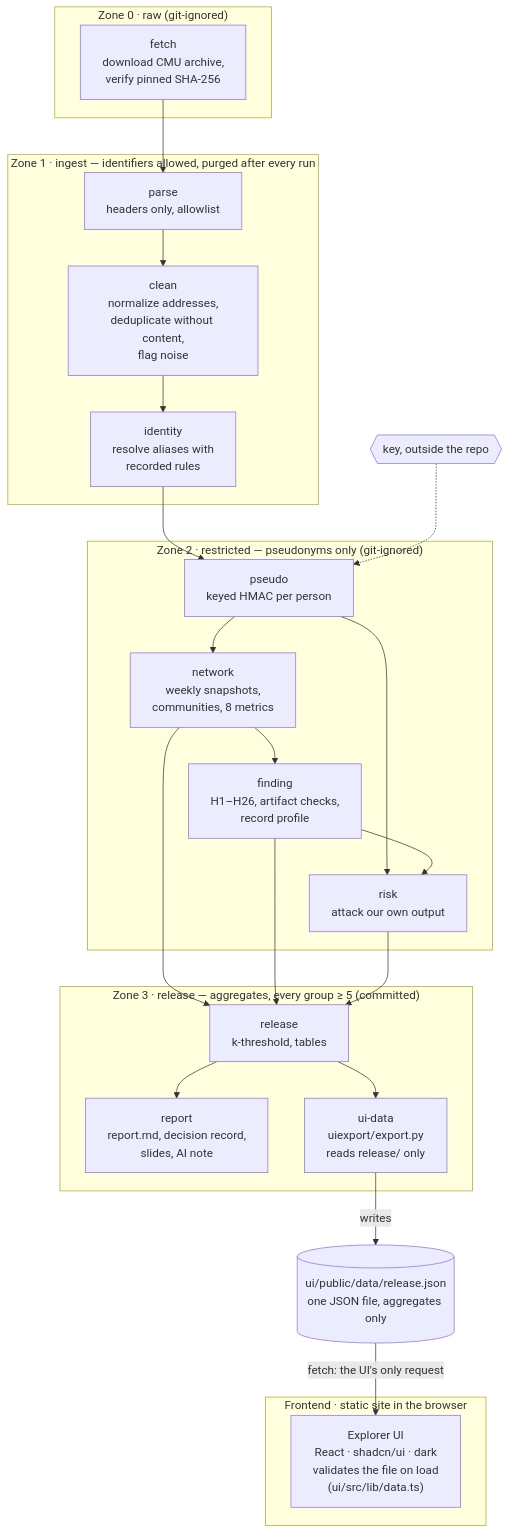
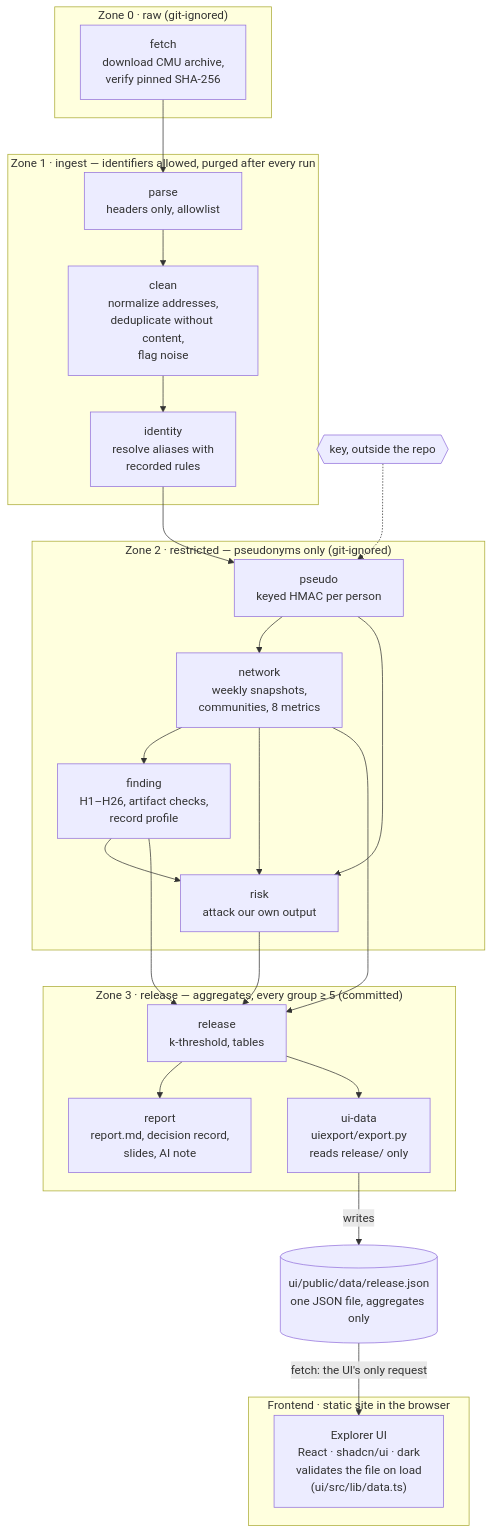
One commit to marcusvieira88/network-science changed the second of 8 diagrams in docs/technical-overview.md. Above: the diagram before and after it, drawn with Mermaid. The commit also changed other lines of this file, not shown here.

````diff
--- a/docs/technical-overview.md
+++ b/docs/technical-overview.md
@@ -169,40 +184,41 @@
 ```mermaid
 flowchart TB
     subgraph Z0["Zone 0 · raw (git-ignored)"]
         DL["fetch<br/>download CMU archive,<br/>verify pinned SHA-256"]
     end
     subgraph Z1["Zone 1 · ingest — identifiers allowed, purged after every run"]
         P["parse<br/>headers only, allowlist"]
         C["clean<br/>normalize addresses,<br/>deduplicate without content,<br/>flag noise"]
         I["identity<br/>resolve aliases with<br/>recorded rules"]
     end
     subgraph Z2["Zone 2 · restricted — pseudonyms only (git-ignored)"]
         PS["pseudo<br/>keyed HMAC per person"]
         N["network<br/>weekly snapshots,<br/>communities, 8 metrics"]
         F["finding<br/>H1–H26, artifact checks,<br/>record profile"]
         RK["risk<br/>attack our own output"]
     end
     subgraph Z3["Zone 3 · release — aggregates, every group ≥ 5 (committed)"]
         RL["release<br/>k-threshold, tables"]
         RP["report<br/>report.md, decision record,<br/>slides, AI note"]
         UX["ui-data<br/>uiexport/export.py<br/>reads release/ only"]
     end
     J[("ui/public/data/release.json<br/>one JSON file, aggregates only")]
     subgraph FE["Frontend · static site in the browser"]
         UI["Explorer UI<br/>React · shadcn/ui · dark<br/>validates the file on load<br/>(ui/src/lib/data.ts)"]
     end
     KEY{{"key, outside the repo"}}
 
     DL --> P --> C --> I --> PS
     KEY -.-> PS
     PS --> N --> F
     PS --> RK
+    N --> RK
     F --> RK
     N --> RL
     F --> RL
     RK --> RL
     RL --> RP
     RL --> UX
     UX -->|writes| J
     J -->|"fetch: the UI's only request"| UI
 ```
````
